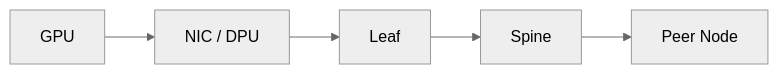
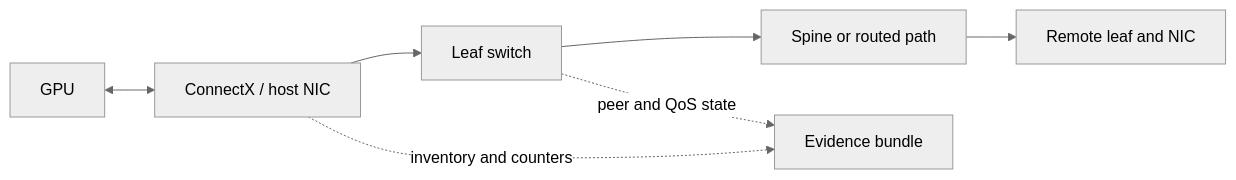
Before and after one commit to jithinpnjm/nvidia-devops: the diagram in docs/nvidia-zero-to-hero/volume-09/labs/lab-01-inventory-an-ai-ethernet-path.md, drawn with Mermaid (neutral theme). The commit also changed other lines of this file and 3 other files, not shown here.

````diff
--- a/docs/nvidia-zero-to-hero/volume-09/labs/lab-01-inventory-an-ai-ethernet-path.md
+++ b/docs/nvidia-zero-to-hero/volume-09/labs/lab-01-inventory-an-ai-ethernet-path.md
@@ -31,7 +31,9 @@
 ```mermaid
 flowchart LR
-    GPU[GPU] --> NIC[NIC / DPU]
-    NIC --> Leaf[Leaf]
-    Leaf --> Spine[Spine]
-    Spine --> Peer[Peer Node]
+    G[GPU] <--> N[ConnectX / host NIC]
+    N --> L[Leaf switch]
+    L --> S[Spine or routed path]
+    S --> R[Remote leaf and NIC]
+    N -. inventory and counters .-> I[Evidence bundle]
+    L -. peer and QoS state .-> I
 ```
````
